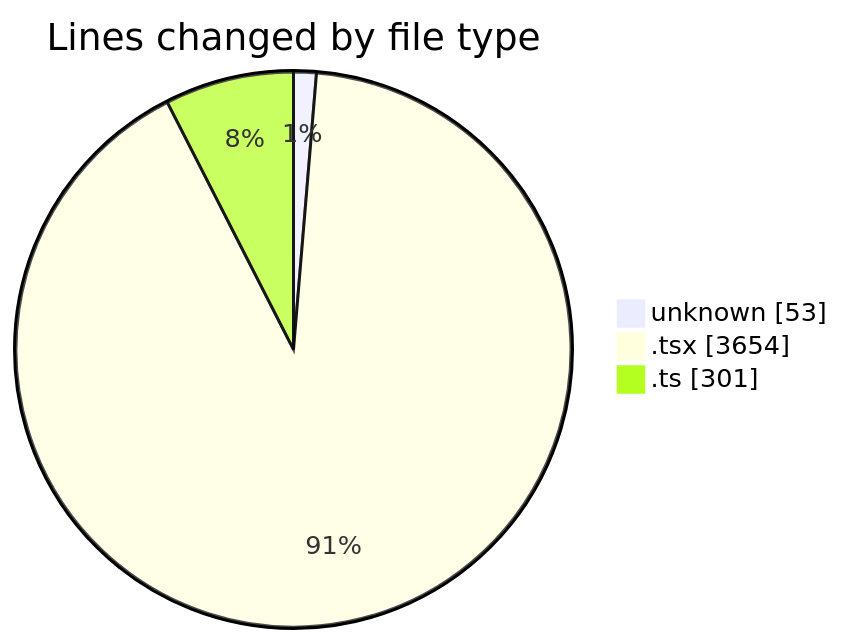
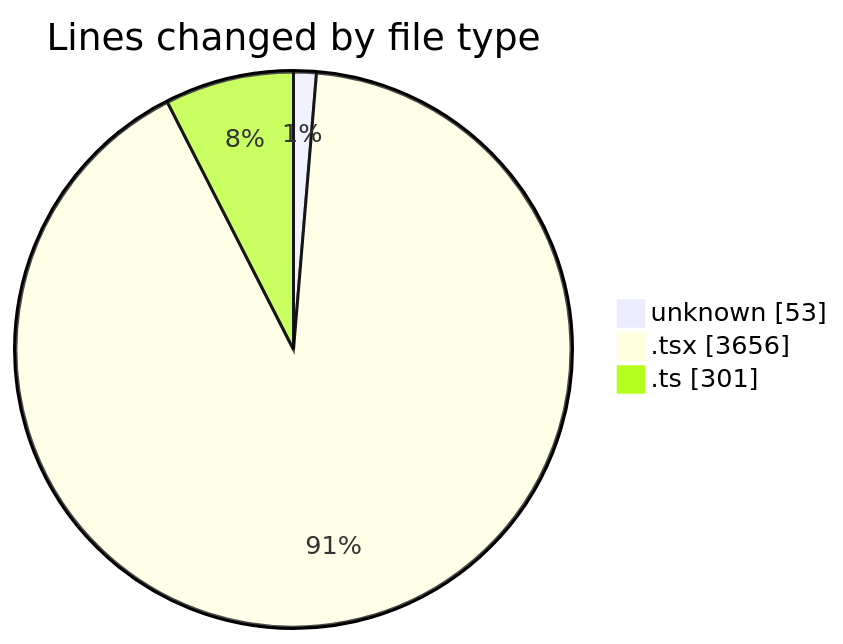
The first of 2 diagrams in 2026-01-28/cda/README.md (momahboobian/code-tracking), drawn with Mermaid before and after one commit. The commit also changed other lines of this file and 1 other file, not shown here.

````diff
--- a/2026-01-28/cda/README.md
+++ b/2026-01-28/cda/README.md
@@ -23,7 +23,7 @@
 ```mermaid
 pie showData
 title Lines changed by file type
 "unknown" : 53
-".tsx" : 3654
+".tsx" : 3656
 ".ts" : 301
 ```
````
